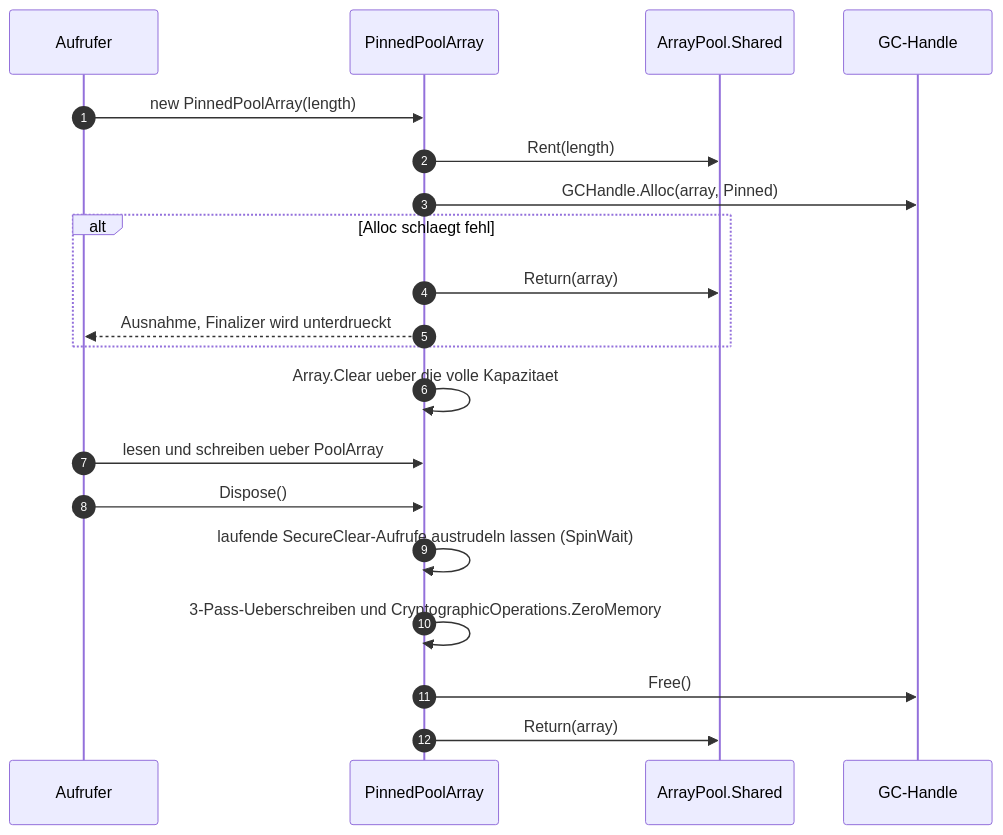
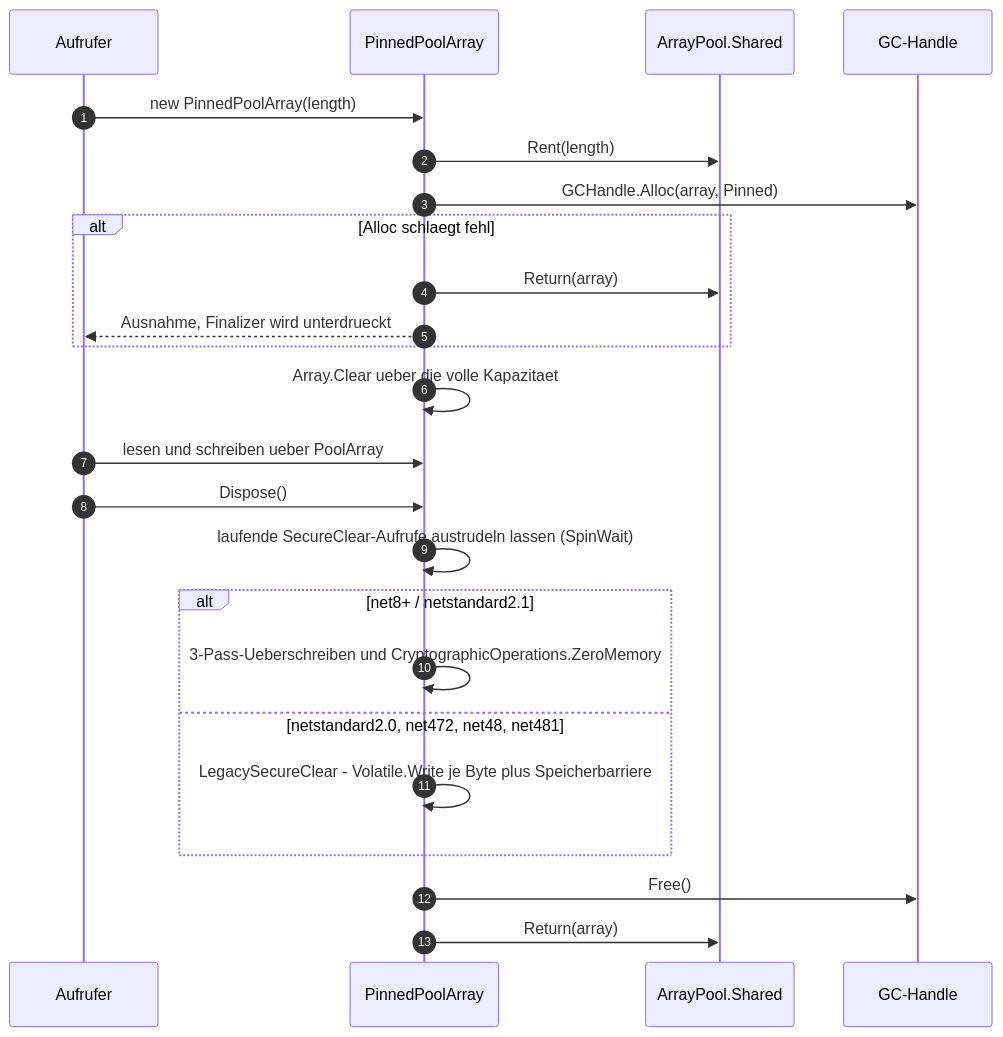
Before and after one commit to shinji-san/SecretSharingDotNet: the ninth of 10 diagrams in docs/architecture/arc42.de.md, drawn with Mermaid. The commit also changed other lines of this file and 1 other file, not shown here.

````diff
--- a/docs/architecture/arc42.de.md
+++ b/docs/architecture/arc42.de.md
@@ -535,23 +544,27 @@
 ```mermaid
 sequenceDiagram
     autonumber
     participant Caller as Aufrufer
     participant PPA as PinnedPoolArray
     participant Pool as ArrayPool.Shared
     participant GC as GC-Handle
 
     Caller->>PPA: new PinnedPoolArray(length)
     PPA->>Pool: Rent(length)
     PPA->>GC: GCHandle.Alloc(array, Pinned)
     alt Alloc schlaegt fehl
         PPA->>Pool: Return(array)
         PPA-->>Caller: Ausnahme, Finalizer wird unterdrueckt
     end
     PPA->>PPA: Array.Clear ueber die volle Kapazitaet
     Caller->>PPA: lesen und schreiben ueber PoolArray
     Caller->>PPA: Dispose()
     PPA->>PPA: laufende SecureClear-Aufrufe austrudeln lassen (SpinWait)
-    PPA->>PPA: 3-Pass-Ueberschreiben und CryptographicOperations.ZeroMemory
+    alt net8+ / netstandard2.1
+        PPA->>PPA: 3-Pass-Ueberschreiben und CryptographicOperations.ZeroMemory
+    else netstandard2.0, net472, net48, net481
+        PPA->>PPA: LegacySecureClear - Volatile.Write je Byte plus Speicherbarriere
+    end
     PPA->>GC: Free()
     PPA->>Pool: Return(array)
 ```
````
